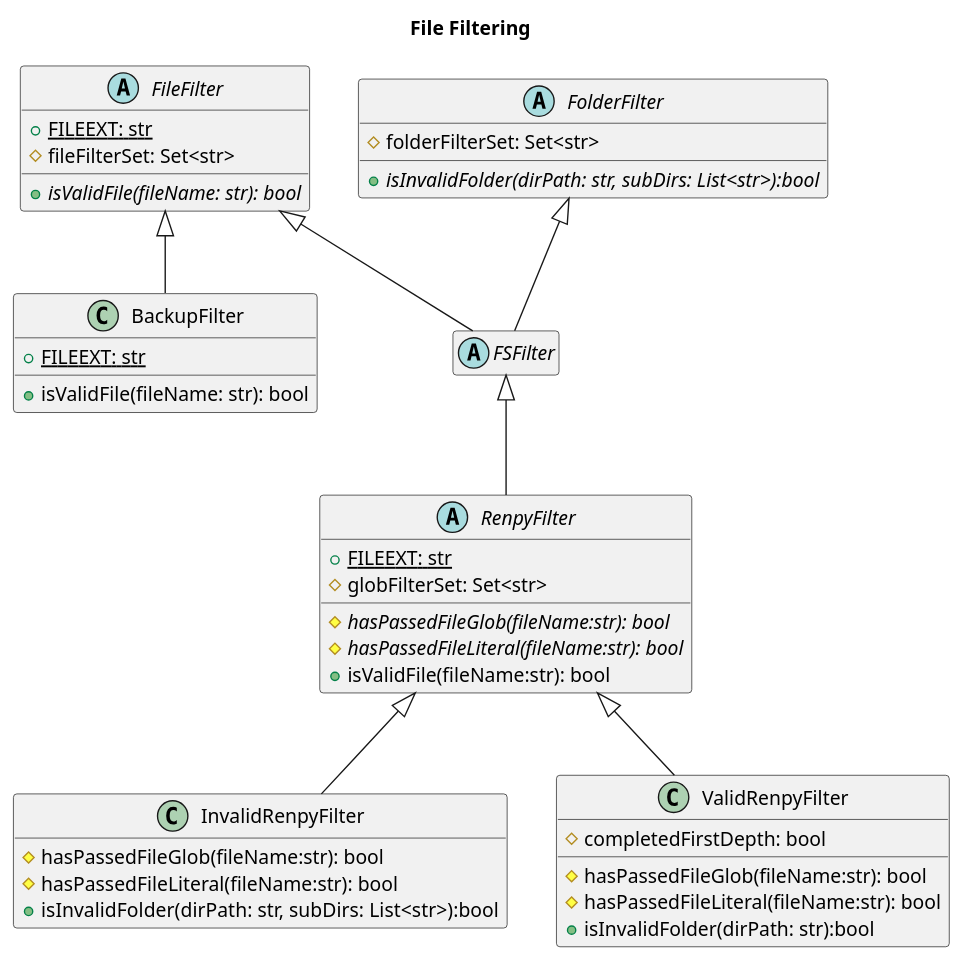
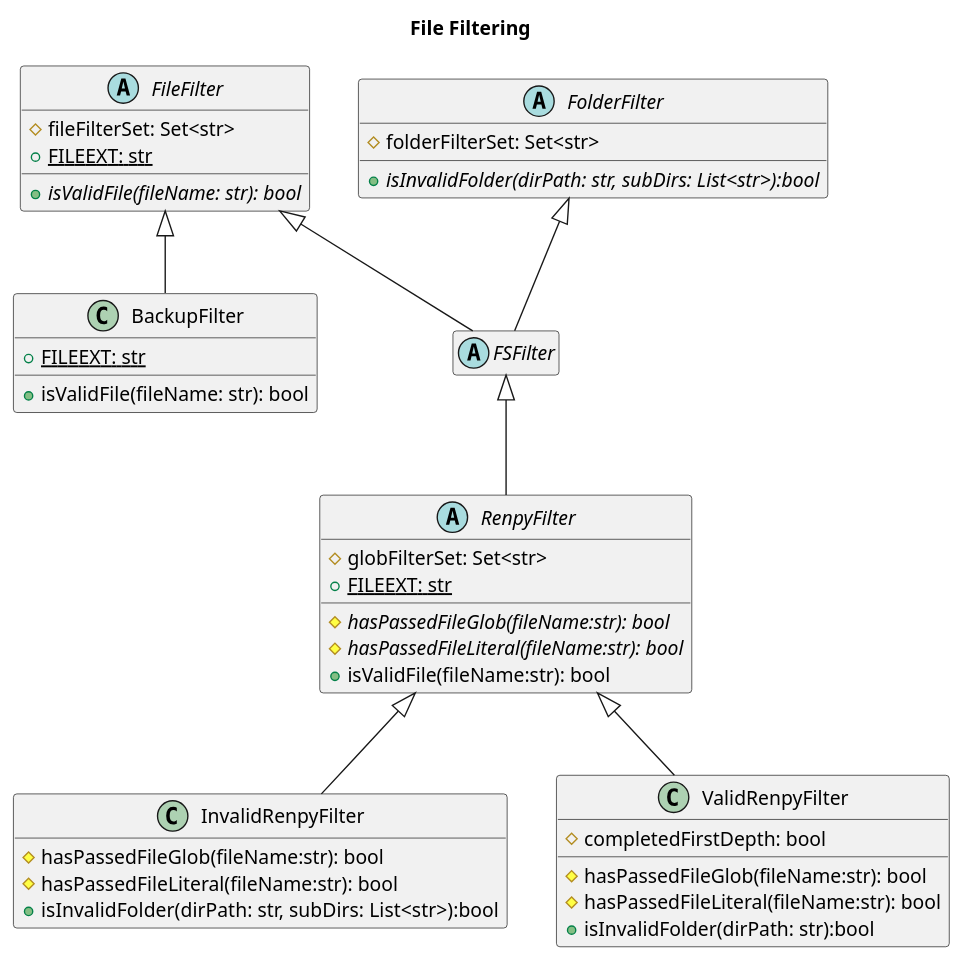
One commit to Edexaal/nonarrate changed the diagram in assets/diagrams/file-filtering/classes.puml. Above: the diagram before and after it, drawn with PlantUML. The commit also changed other lines of this file and 15 other files, not shown here.

First line of the commit message:
docs(diagrams): Add SVGs for PlantUML diagrams.

```diff
--- a/assets/diagrams/file-filtering/classes.puml
+++ b/assets/diagrams/file-filtering/classes.puml
@@ -1,46 +1,46 @@
 @startuml
 hide empty members
 title "File Filtering"
 'File Filters
 abstract class FileFilter {
+  #fileFilterSet: Set<str>
   {static}+FILEEXT: str
-  #fileFilterSet: Set<str>
   {abstract}+isValidFile(fileName: str): bool
 }
 abstract class FolderFilter {
   #folderFilterSet: Set<str>
   {abstract}+isInvalidFolder(dirPath: str, subDirs: List<str>):bool
 }
 class BackupFilter {
   {static}+FILEEXT: str
   +isValidFile(fileName: str): bool
 }
 
 abstract class FSFilter
 abstract class RenpyFilter {
+  #globFilterSet: Set<str>
   {static}+FILEEXT: str
-  #globFilterSet: Set<str>
   {abstract}#hasPassedFileGlob(fileName:str): bool
   {abstract}#hasPassedFileLiteral(fileName:str): bool
   +isValidFile(fileName:str): bool
 }
 class InvalidRenpyFilter {
   #hasPassedFileGlob(fileName:str): bool
   #hasPassedFileLiteral(fileName:str): bool
   +isInvalidFolder(dirPath: str, subDirs: List<str>):bool
 }
 class ValidRenpyFilter {
    #completedFirstDepth: bool
    #hasPassedFileGlob(fileName:str): bool
    #hasPassedFileLiteral(fileName:str): bool
    +isInvalidFolder(dirPath: str):bool
 }
 
 'File Filters Relations
 FileFilter <|-- FSFilter
 FileFilter <|-- BackupFilter
 FolderFilter <|-- FSFilter
 FSFilter <|-- RenpyFilter
 RenpyFilter <|-- InvalidRenpyFilter
 RenpyFilter <|-- ValidRenpyFilter
 @enduml
```
